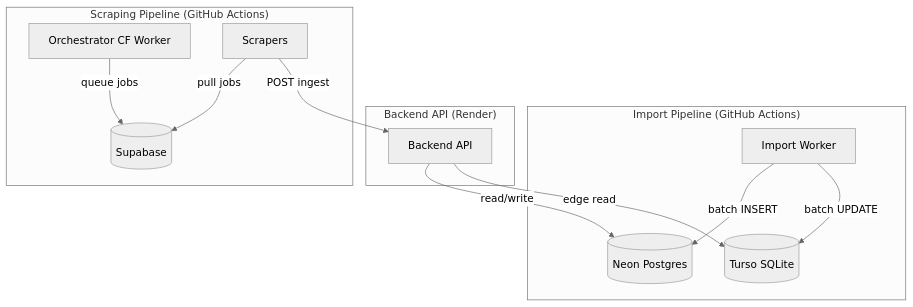
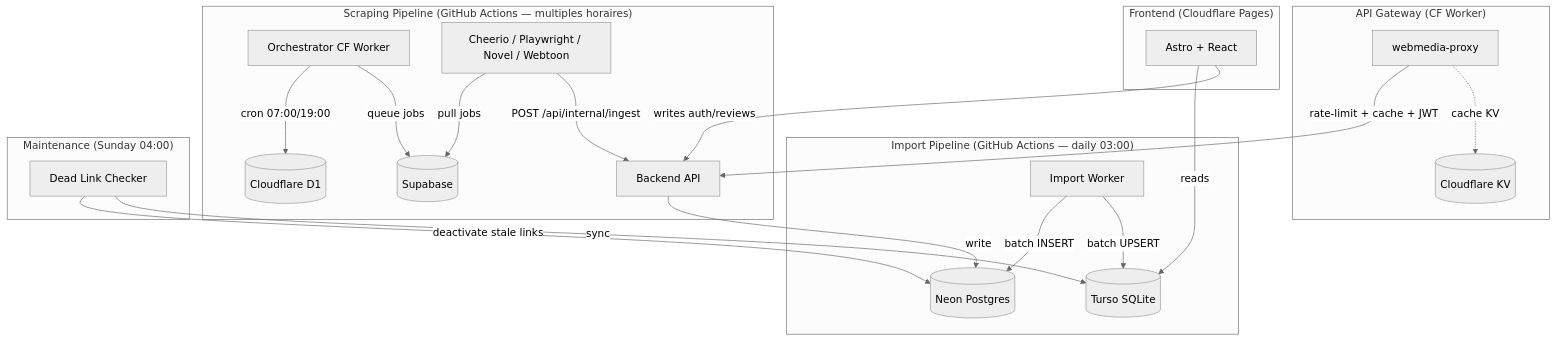
The diagram in ARCHITECTURE_STRATEGY.md (KOUSSEMONAUREL/Project-WebMedia), drawn with Mermaid (neutral theme) before and after one commit. The commit also changed other lines of this file, not shown here.

Commit message:
docs: mise à jour complète ARCHITECTURE_STRATEGY.md (crons, stack, flux)

````diff
--- a/ARCHITECTURE_STRATEGY.md
+++ b/ARCHITECTURE_STRATEGY.md
@@ -20,18 +28,30 @@
 ```mermaid
 graph TD
-    subgraph "Import Pipeline (GitHub Actions)"
+    subgraph "Import Pipeline (GitHub Actions — daily 03:00)"
         IW[Import Worker] -->|batch INSERT| NEON[(Neon Postgres)]
-        IW -->|batch UPDATE| TURSO[(Turso SQLite)]
+        IW -->|batch UPSERT| TURSO[(Turso SQLite)]
     end
 
-    subgraph "Backend API (Render)"
-        BA[Backend API] -->|read/write| NEON
-        BA -->|edge read| TURSO
+    subgraph "Scraping Pipeline (GitHub Actions — multiples horaires)"
+        ORC[Orchestrator CF Worker] -->|cron 07:00/19:00| D1[(Cloudflare D1)]
+        ORC -->|queue jobs| SUPABASE[(Supabase)]
+        SCR[Cheerio / Playwright / Novel / Webtoon] -->|pull jobs| SUPABASE
+        SCR -->|POST /api/internal/ingest| BA[Backend API]
+        BA -->|write| NEON
     end
 
-    subgraph "Scraping Pipeline (GitHub Actions)"
-        ORC[Orchestrator CF Worker] -->|queue jobs| SUPABASE[(Supabase)]
-        SCR[Scrapers] -->|pull jobs| SUPABASE
-        SCR -->|POST ingest| BA
+    subgraph "Frontend (Cloudflare Pages)"
+        FE[Astro + React] -->|reads| TURSO
+        FE -->|writes auth/reviews| BA
+    end
+
+    subgraph "API Gateway (CF Worker)"
+        GW[webmedia-proxy] -->|rate-limit + cache + JWT| BA
+        GW -.->|cache KV| KV[(Cloudflare KV)]
+    end
+
+    subgraph "Maintenance (Sunday 04:00)"
+        MC[Dead Link Checker] -->|deactivate stale links| NEON
+        MC -->|sync| TURSO
     end
 ```
````
